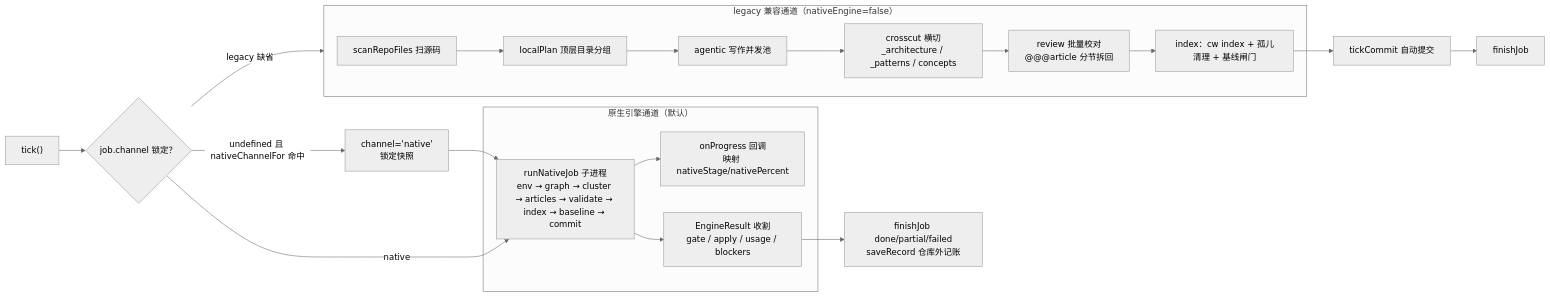
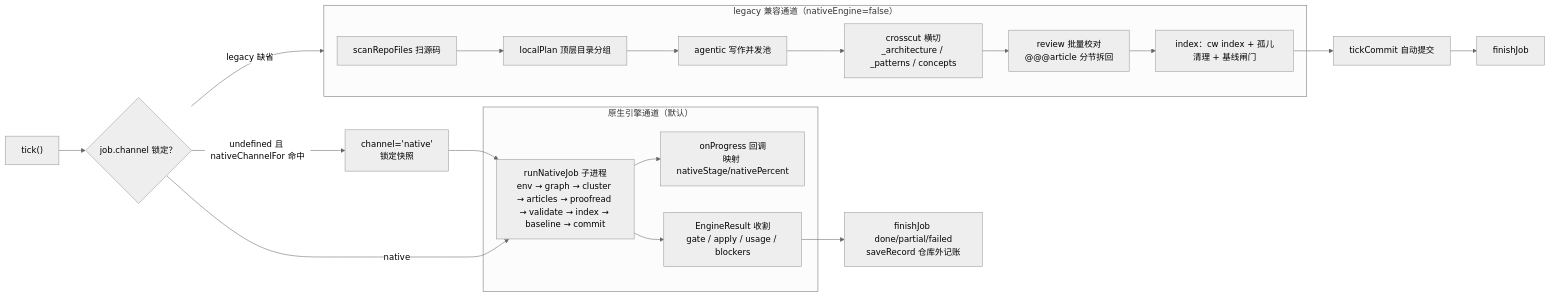
One commit to ikliml666/dsh-codewiki changed the fourth of 5 diagrams in .codewiki/_native-state/docs/main_job_orchestrator.md. Above: the diagram before and after it, drawn with Mermaid (neutral theme). The commit also changed other lines of this file and 10 other files, not shown here.

````diff
--- a/.codewiki/_native-state/docs/main_job_orchestrator.md
+++ b/.codewiki/_native-state/docs/main_job_orchestrator.md
@@ -156,27 +156,27 @@
 ```mermaid
 flowchart LR
     subgraph LEGACY["legacy 兼容通道（nativeEngine=false）"]
         A1["scanRepoFiles 扫源码"] --> A2["localPlan 顶层目录分组"]
         A2 --> A3["agentic 写作并发池"]
         A3 --> A4["crosscut 横切<br/>_architecture / _patterns / concepts"]
         A4 --> A5["review 批量校对<br/>@@@article 分节拆回"]
         A5 --> A6["index：cw index + 孤儿清理 + 基线闸门"]
     end
 
     subgraph NATIVE["原生引擎通道（默认）"]
-        B1["runNativeJob 子进程<br/>env → graph → cluster → articles → validate → index → baseline → commit"]
+        B1["runNativeJob 子进程<br/>env → graph → cluster → articles → proofread → validate → index → baseline → commit"]
         B2["onProgress 回调<br/>映射 nativeStage/nativePercent"]
         B3["EngineResult 收割<br/>gate / apply / usage / blockers"]
     end
 
     TICK["tick()"] --> LOCK{"job.channel 锁定？"}
     LOCK -->|"undefined 且 nativeChannelFor 命中"| SETNATIVE["channel='native'<br/>锁定快照"]
     SETNATIVE --> B1
     LOCK -->|native| B1
     LOCK -->|legacy 缺省| LEGACY
     B1 --> B2
     B1 --> B3
     B3 --> FINISH["finishJob done/partial/failed<br/>saveRecord 仓库外记账"]
     A6 --> COMMIT["tickCommit 自动提交"]
     COMMIT --> FINISH2["finishJob"]
 ```
````
